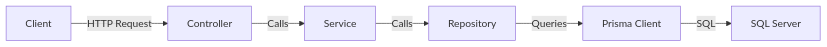
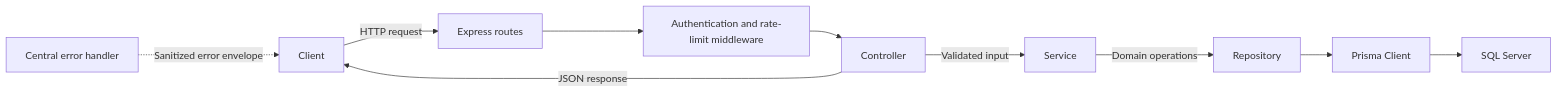
Before and after one commit to money-seoh/ecommerce-webapi-nodejs-typescript: the first of 3 diagrams in README.md, drawn with Mermaid. The commit also changed other lines of this file, not shown here.

````diff
--- a/README.md
+++ b/README.md
@@ -53,8 +37,12 @@
 ```mermaid
 graph LR
-    Client -->|HTTP Request| Controller
-    Controller -->|Calls| Service
-    Service -->|Calls| Repository
-    Repository -->|Queries| PrismaClient["Prisma Client"]
-    PrismaClient -->|SQL| SQLServer["SQL Server"]
+    Client -->|HTTP request| Routes["Express routes"]
+    Routes --> Middleware["Authentication and rate-limit middleware"]
+    Middleware --> Controller
+    Controller -->|Validated input| Service
+    Service -->|Domain operations| Repository
+    Repository --> Prisma["Prisma Client"]
+    Prisma --> SQLServer["SQL Server"]
+    Controller -->|JSON response| Client
+    ErrorHandler["Central error handler"] -.->|Sanitized error envelope| Client
 ```
````
